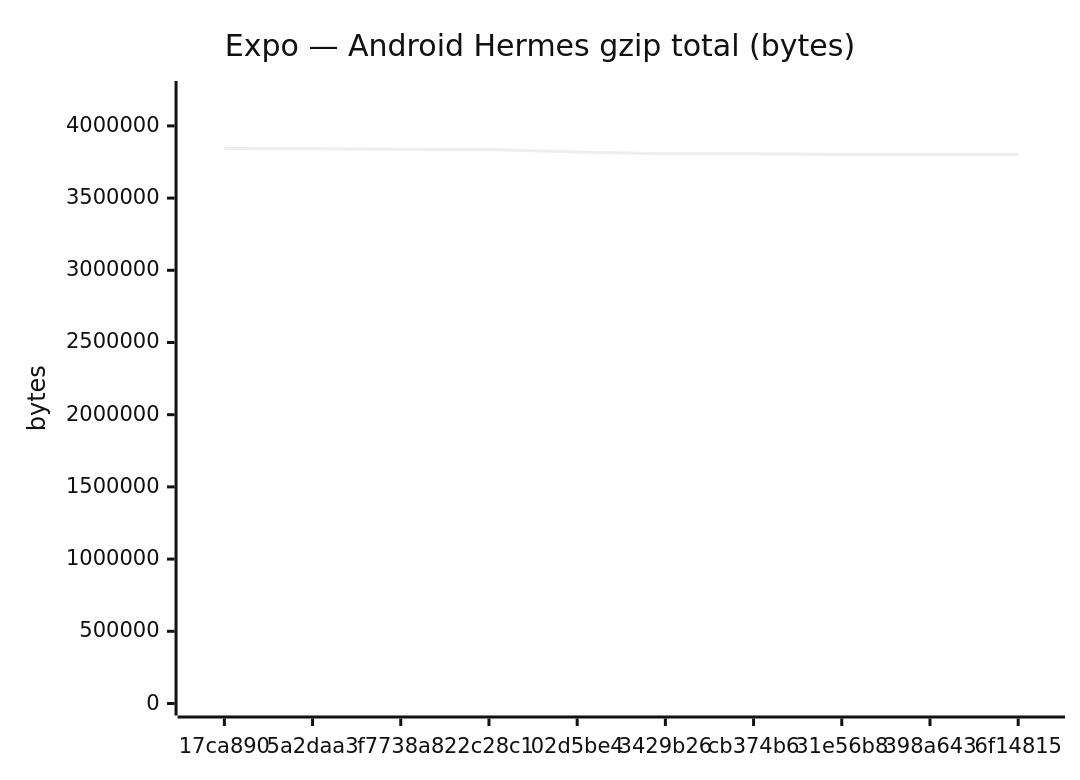
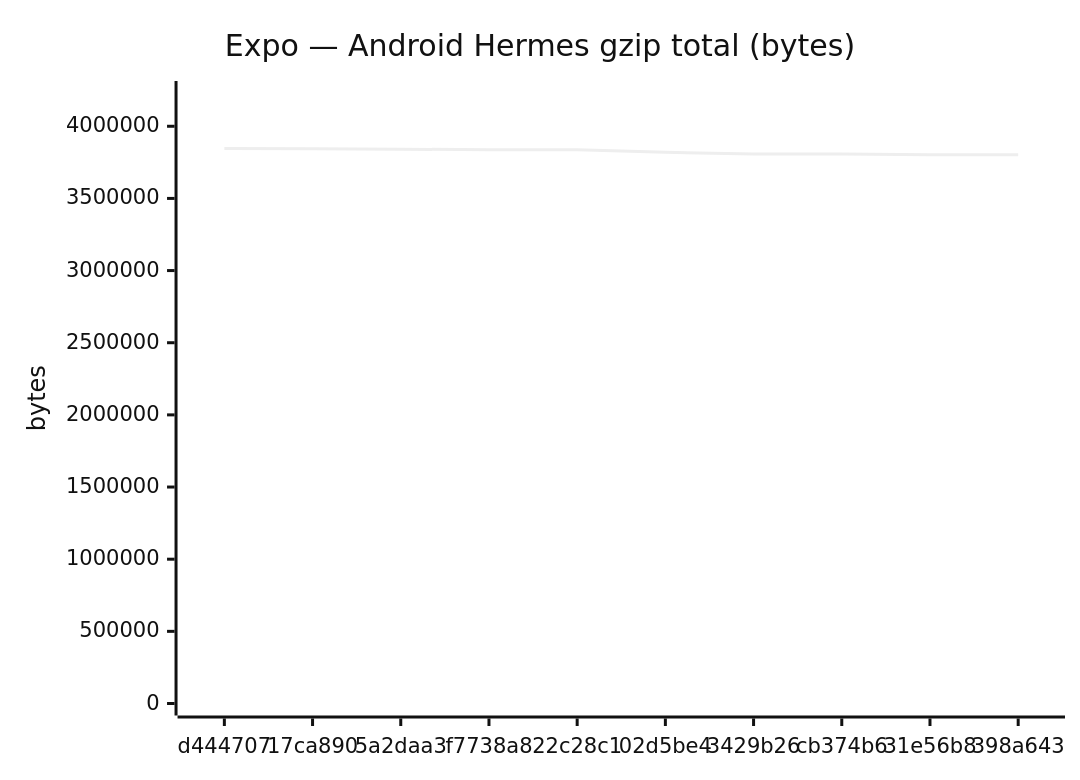
The fifth of 18 diagrams in benchmarks/compare.md (Metaheurist/Rianell), drawn with Mermaid (neutral theme) before and after one commit. The commit also changed other lines of this file and 11 other files, not shown here.

````diff
--- a/benchmarks/compare.md
+++ b/benchmarks/compare.md
@@ -89,7 +89,7 @@
 ```mermaid
 xychart-beta
     title "Expo — Android Hermes gzip total (bytes)"
-    x-axis ["17ca890", "5a2daa3", "f7738a8", "22c28c1", "02d5be4", "3429b26", "cb374b6", "31e56b8", "398a643", "6f14815"]
-    y-axis "bytes" 0 --> 4227822
-    line [3843474, 3841087, 3837618, 3836645, 3819535, 3807947, 3807947, 3802529, 3802528, 3802527]
+    x-axis ["d444707", "17ca890", "5a2daa3", "f7738a8", "22c28c1", "02d5be4", "3429b26", "cb374b6", "31e56b8", "398a643"]
+    y-axis "bytes" 0 --> 4230496
+    line [3845905, 3843474, 3841087, 3837618, 3836645, 3819535, 3807947, 3807947, 3802529, 3802528]
 ```
````
